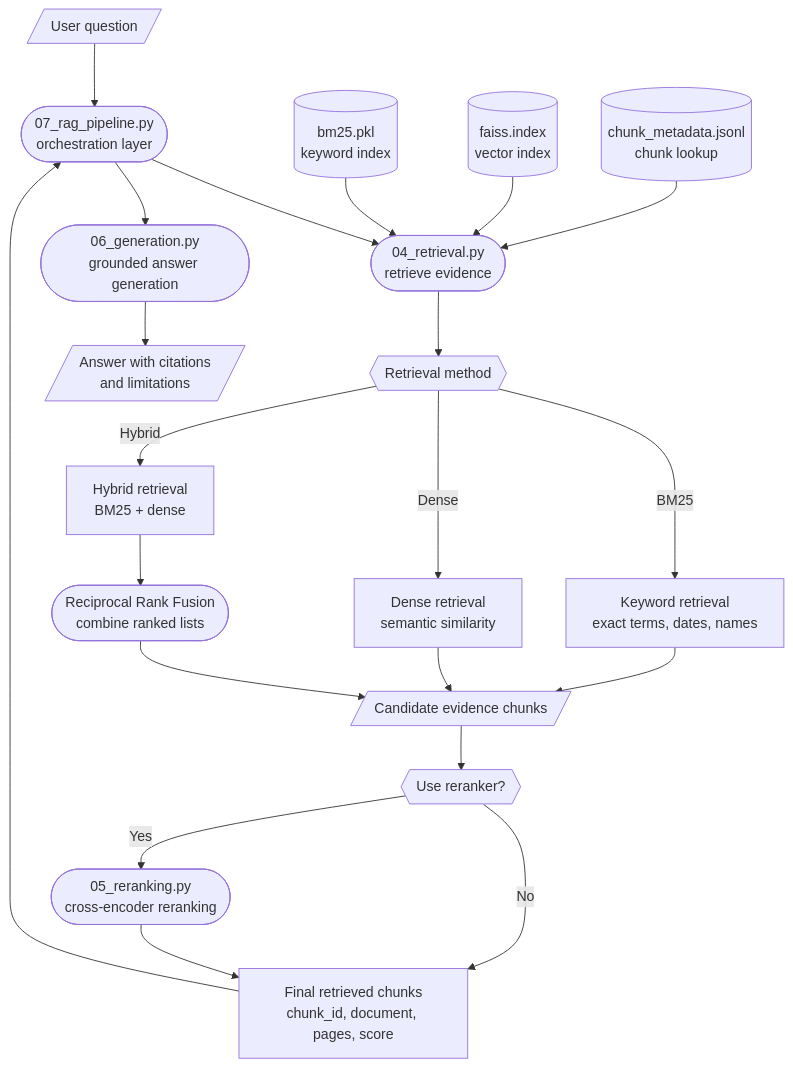
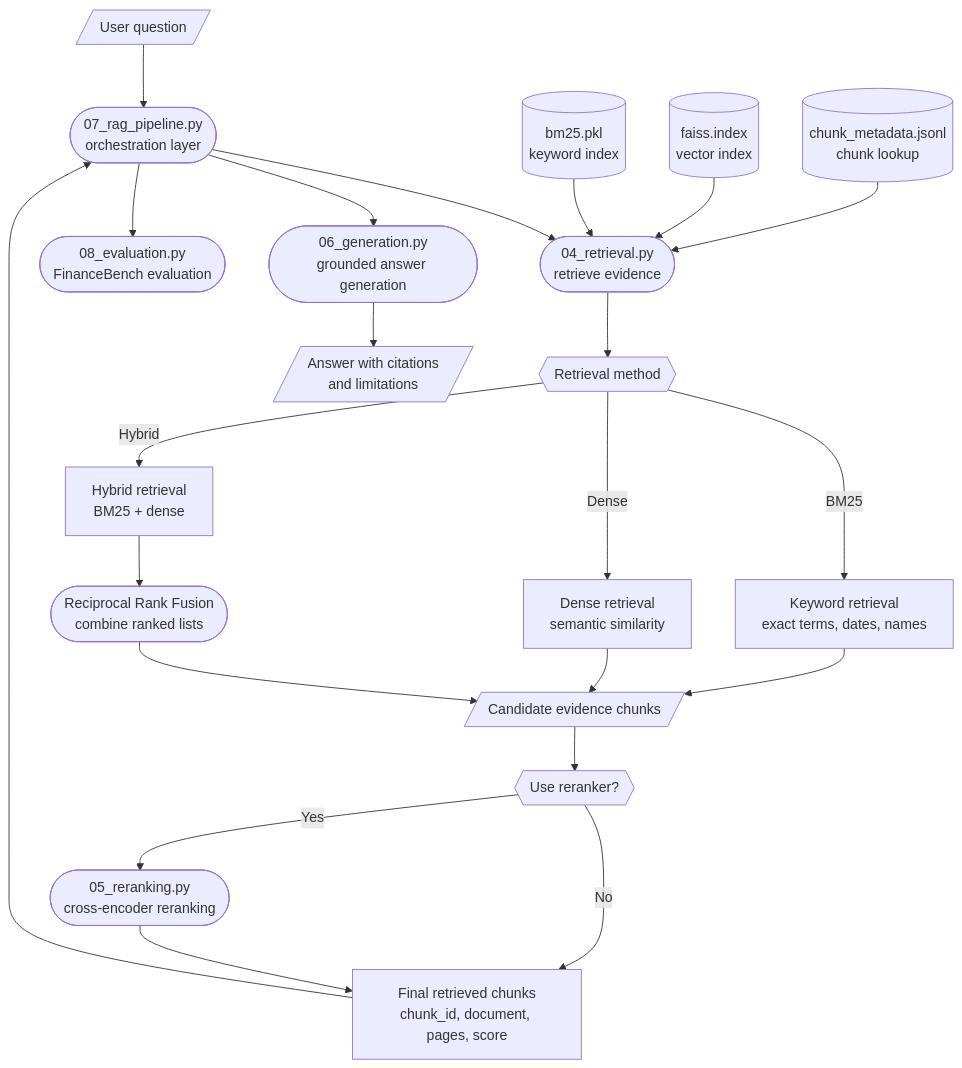
The second of 2 diagrams in README.md (RegNLP/FinanceRAG-mini), drawn with Mermaid before and after one commit. The commit also changed other lines of this file and 4 other files, not shown here.

````diff
--- a/README.md
+++ b/README.md
@@ -50,28 +50,29 @@
 ```mermaid
 flowchart TD
     Q[/User question/] --> PIPE([07_rag_pipeline.py<br/>orchestration layer])
     PIPE --> R([04_retrieval.py<br/>retrieve evidence])
 
     B[(bm25.pkl<br/>keyword index)] --> R
     F[(faiss.index<br/>vector index)] --> R
     M[(chunk_metadata.jsonl<br/>chunk lookup)] --> R
 
     R --> C{{Retrieval method}}
 
     C -->|BM25| K[Keyword retrieval<br/>exact terms, dates, names]
     C -->|Dense| D[Dense retrieval<br/>semantic similarity]
     C -->|Hybrid| H[Hybrid retrieval<br/>BM25 + dense]
 
     K --> O[/Candidate evidence chunks/]
     D --> O
     H --> X([Reciprocal Rank Fusion<br/>combine ranked lists])
     X --> O
 
     O --> RR{{Use reranker?}}
     RR -->|No| P[Final retrieved chunks<br/>chunk_id, document, pages, score]
     RR -->|Yes| RE([05_reranking.py<br/>cross-encoder reranking])
     RE --> P
     P --> PIPE
     PIPE --> GEN([06_generation.py<br/>grounded answer generation])
     GEN --> A[/Answer with citations<br/>and limitations/]
+    PIPE --> EV([08_evaluation.py<br/>FinanceBench evaluation])
 ```
````
